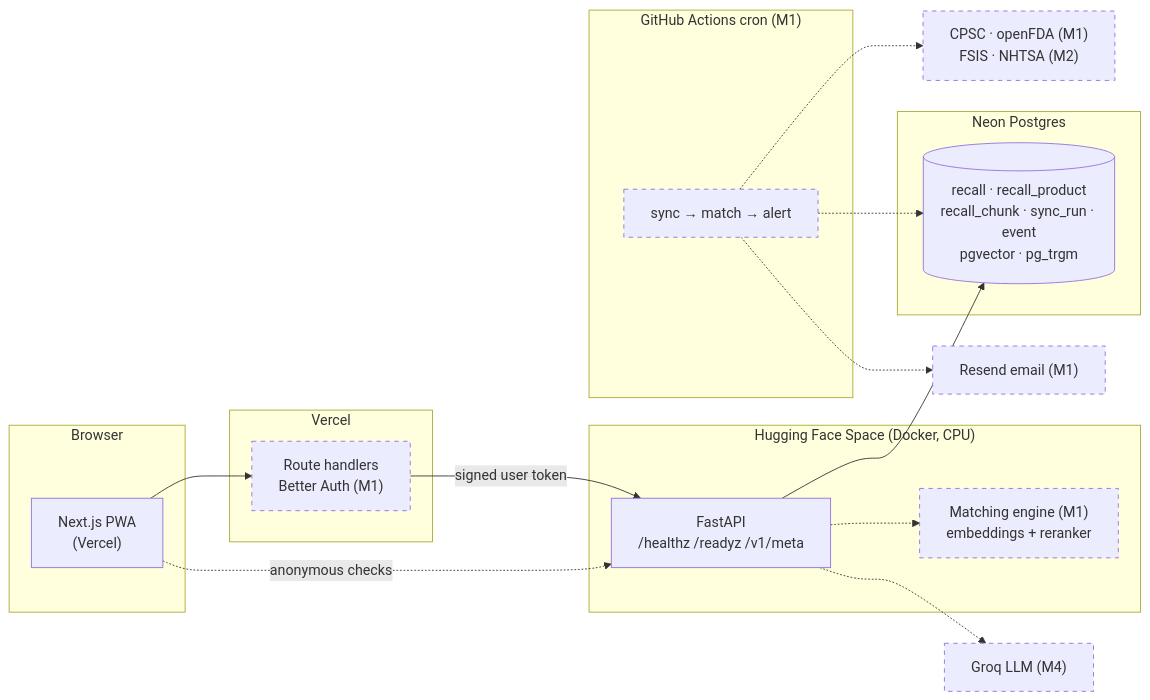
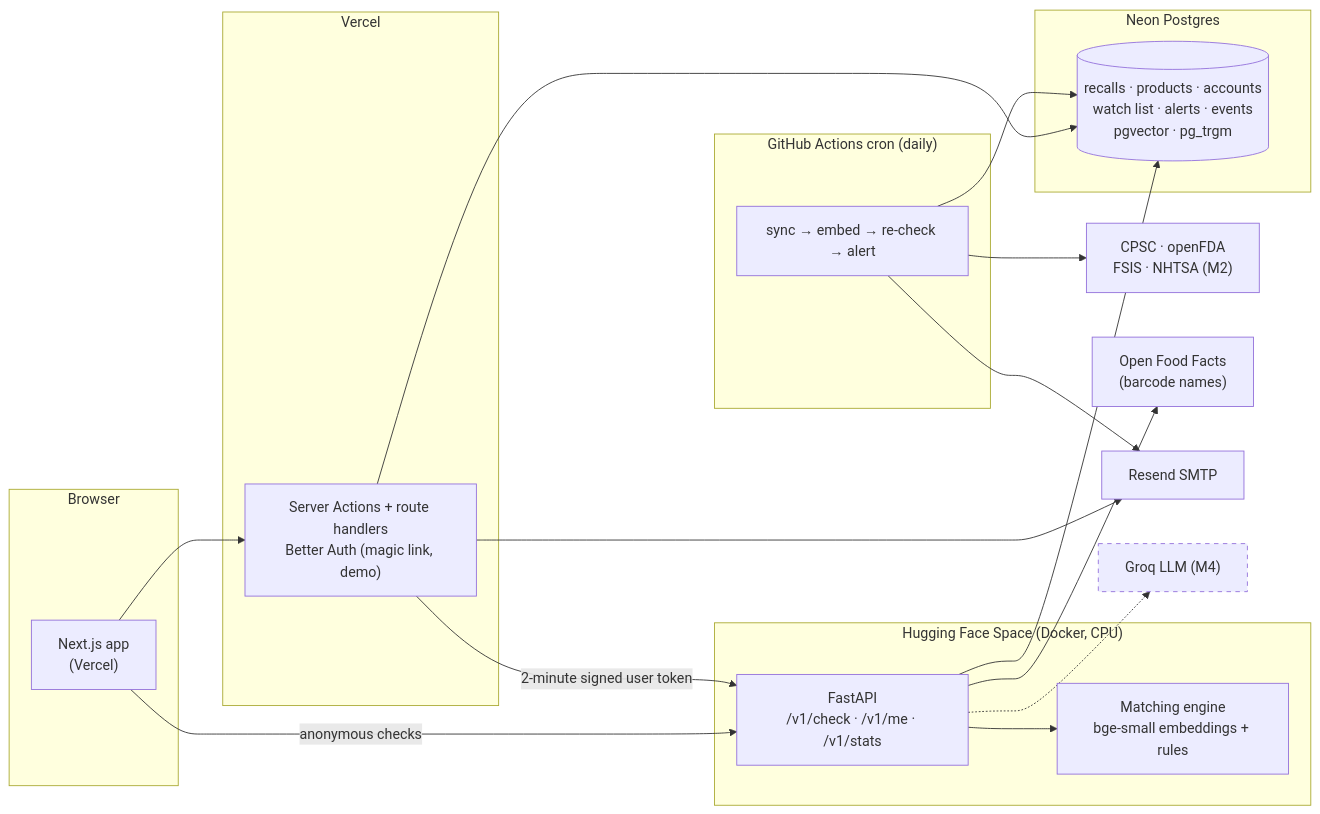
Before and after one commit to Hrishikesh-Codes/recallradar: the first of 2 diagrams in docs/ARCHITECTURE.md, drawn with Mermaid. The commit also changed other lines of this file and 67 other files, not shown here.

````diff
--- a/docs/ARCHITECTURE.md
+++ b/docs/ARCHITECTURE.md
@@ -11,40 +11,44 @@
 ```mermaid
 flowchart LR
   subgraph Browser
-    PWA["Next.js PWA<br/>(Vercel)"]
+    PWA["Next.js app<br/>(Vercel)"]
   end
 
   subgraph Vercel
-    BFF["Route handlers<br/>Better Auth (M1)"]
+    BFF["Server Actions + route handlers<br/>Better Auth (magic link, demo)"]
   end
 
   subgraph HF["Hugging Face Space (Docker, CPU)"]
-    API["FastAPI<br/>/healthz /readyz /v1/meta"]
-    MATCH["Matching engine (M1)<br/>embeddings + reranker"]
+    API["FastAPI<br/>/v1/check · /v1/me · /v1/stats"]
+    MATCH["Matching engine<br/>bge-small embeddings + rules"]
   end
 
   subgraph Neon["Neon Postgres"]
-    DB[("recall · recall_product<br/>recall_chunk · sync_run · event<br/>pgvector · pg_trgm")]
+    DB[("recalls · products · accounts<br/>watch list · alerts · events<br/>pgvector · pg_trgm")]
   end
 
-  subgraph GHA["GitHub Actions cron (M1)"]
-    SYNC["sync → match → alert"]
+  subgraph GHA["GitHub Actions cron (daily)"]
+    SYNC["sync → embed → re-check → alert"]
   end
 
-  SOURCES["CPSC · openFDA (M1)<br/>FSIS · NHTSA (M2)"]
-  MAIL["Resend email (M1)"]
+  SOURCES["CPSC · openFDA<br/>FSIS · NHTSA (M2)"]
+  OFF["Open Food Facts<br/>(barcode names)"]
+  MAIL["Resend SMTP"]
   LLM["Groq LLM (M4)"]
 
+  PWA -->|anonymous checks| API
   PWA --> BFF
-  BFF -->|"signed user token"| API
-  PWA -.->|anonymous checks| API
+  BFF -->|"2-minute signed user token"| API
+  BFF --> DB
+  BFF --> MAIL
+  API --> MATCH
   API --> DB
-  API -.-> MATCH
-  SYNC -.-> SOURCES
-  SYNC -.-> DB
-  SYNC -.-> MAIL
+  API --> OFF
+  SYNC --> SOURCES
+  SYNC --> DB
+  SYNC --> MAIL
   API -.-> LLM
 
   classDef later stroke-dasharray: 5 5
-  class BFF,MATCH,SYNC,SOURCES,MAIL,LLM later
+  class LLM later
 ```
````
